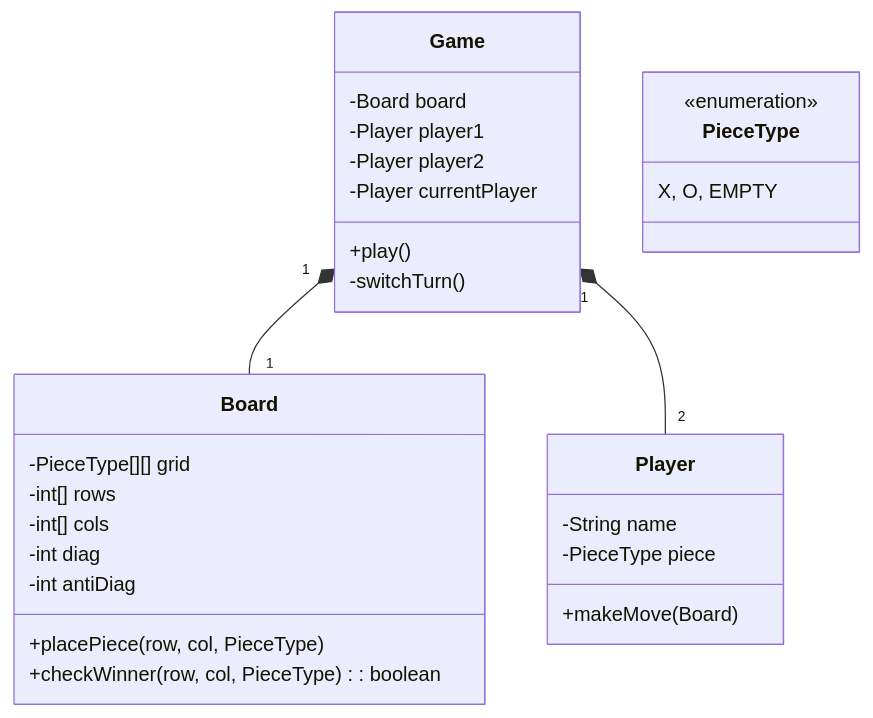
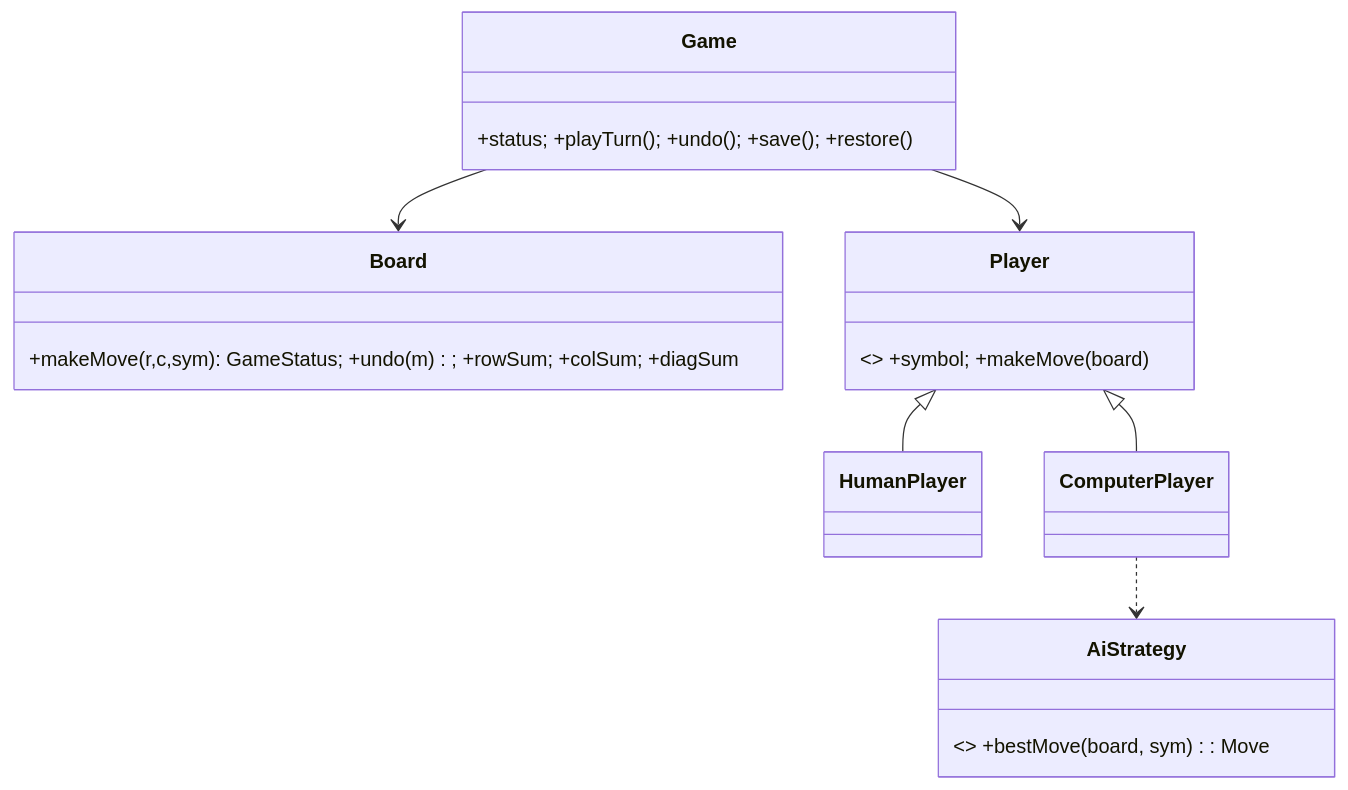
The diagram in Notes/LowLevelDesign/Solutions/Solution-Tic-Tac-Toe.md (pidwid/InterviewPrepHub), drawn with Mermaid before and after one commit. The commit also changed other lines of this file and 5 other files, not shown here.

````diff
--- a/Notes/LowLevelDesign/Solutions/Solution-Tic-Tac-Toe.md
+++ b/Notes/LowLevelDesign/Solutions/Solution-Tic-Tac-Toe.md
@@ -33,35 +37,14 @@
 ```mermaid
 classDiagram
-    class Game {
-        -Board board
-        -Player player1
-        -Player player2
-        -Player currentPlayer
-        +play()
-        -switchTurn()
-    }
-
-    class Player {
-        -String name
-        -PieceType piece
-        +makeMove(Board)
-    }
-
-    class Board {
-        -PieceType[][] grid
-        -int[] rows
-        -int[] cols
-        -int diag
-        -int antiDiag
-        +placePiece(row, col, PieceType)
-        +checkWinner(row, col, PieceType): boolean
-    }
-
-    class PieceType {
-        <<enumeration>>
-        X, O, EMPTY
-    }
-
-    Game "1" *-- "1" Board
-    Game "1" *-- "2" Player
+  class Board { +makeMove(r,c,sym): GameStatus; +undo(m); +rowSum; +colSum; +diagSum }
+  class Player { <<abstract>> +symbol; +makeMove(board) }
+  class HumanPlayer
+  class ComputerPlayer
+  class AiStrategy { <<interface>> +bestMove(board, sym): Move }
+  class Game { +status; +playTurn(); +undo(); +save(); +restore() }
+  Player <|-- HumanPlayer
+  Player <|-- ComputerPlayer
+  ComputerPlayer ..> AiStrategy
+  Game --> Board
+  Game --> Player
 ```
````
